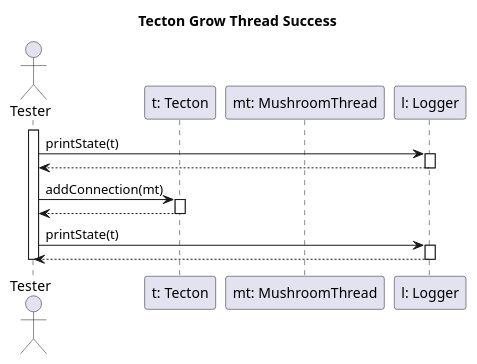
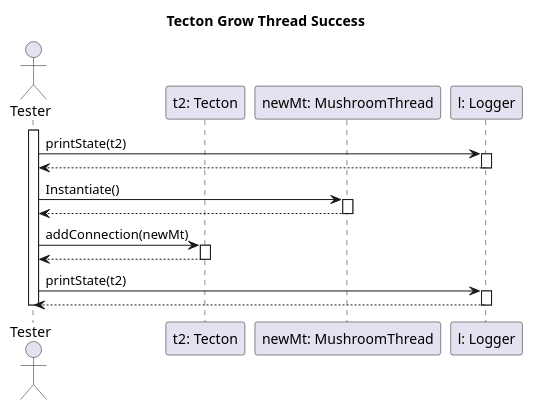
One commit to dzsem/projlab changed the diagram in diagrams/test-sequence/tectonGrowThreadSuccess.puml. Above: the diagram before and after it, drawn with PlantUML. The commit also changed 12 other files, not shown here.

```diff
--- a/diagrams/test-sequence/tectonGrowThreadSuccess.puml
+++ b/diagrams/test-sequence/tectonGrowThreadSuccess.puml
@@ -1,30 +1,35 @@
 @startuml tectonGrowThreadTest
 
 title Tecton Grow Thread Success
 
 actor "Tester" as tst
-participant "t: Tecton" as t
-participant "mt: MushroomThread" as mt
+participant "t2: Tecton" as t2
+participant "newMt: MushroomThread" as newMt
 participant "l: Logger" as l
 
 activate tst
 
-tst -> l: printState(t)
+tst -> l: printState(t2)
 activate l
 tst <-- l
 deactivate l
 
-tst -> t: addConnection(mt)
-activate t
+tst -> newMt: Instantiate()
+activate newMt
+tst <-- newMt
+deactivate newMt
 
-tst <-- t
-deactivate t
+tst -> t2: addConnection(newMt)
+activate t2
 
-tst -> l: printState(t)
+tst <-- t2
+deactivate t2
+
+tst -> l: printState(t2)
 activate l
 tst <-- l
 deactivate l
 
 deactivate tst
 
 @enduml
```
